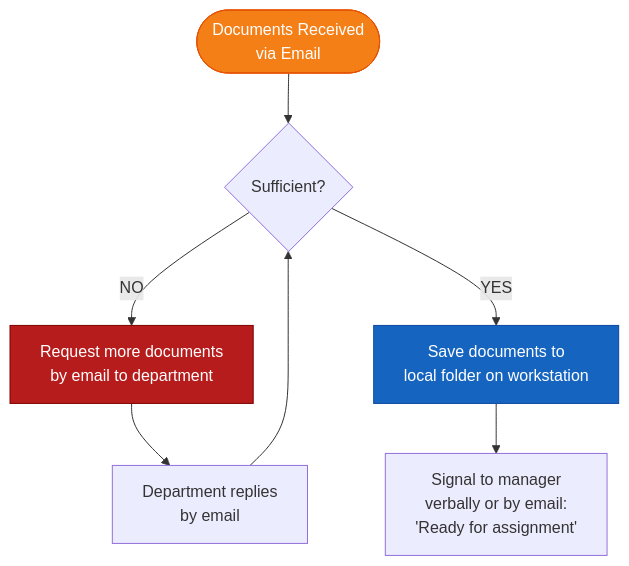
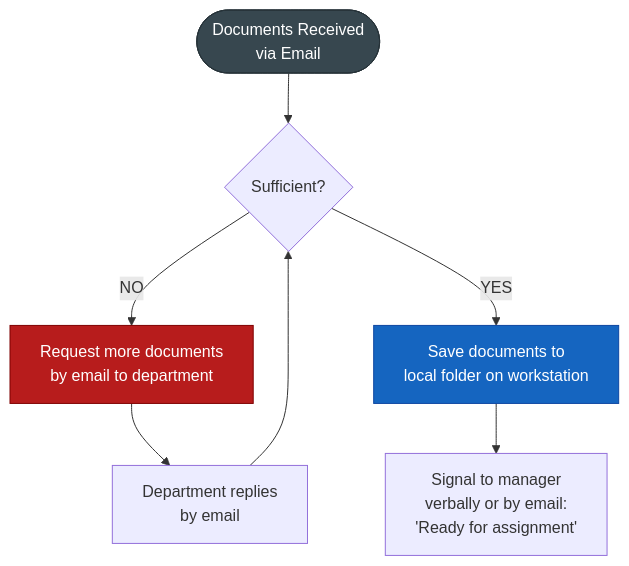
One commit to mazharr-hussain/KycReport changed the second of 4 diagrams in docs/V2_BUS_AsIs_Process.md. Above: the diagram before and after it, drawn with Mermaid. The commit also changed other lines of this file and 7 other files, not shown here.

First line of the commit message:
Fix low-contrast diagram colours — replace amber with dark slate

````diff
--- a/docs/V2_BUS_AsIs_Process.md
+++ b/docs/V2_BUS_AsIs_Process.md
@@ -82,13 +82,13 @@
 ```mermaid
 flowchart TD
     RECV([Documents Received\nvia Email]) --> CHECK{Sufficient?}
     CHECK -->|NO| REQ[Request more documents\nby email to department]
     REQ --> REPLY[Department replies\nby email]
     REPLY --> CHECK
     CHECK -->|YES| SAVE[Save documents to\nlocal folder on workstation]
     SAVE --> SIGNAL[Signal to manager\nverbally or by email:\n'Ready for assignment']
 
-    style RECV fill:#F57F17,color:#fff,stroke:#E65100
+    style RECV fill:#37474F,color:#fff,stroke:#263238
     style SAVE fill:#1565C0,color:#fff,stroke:#0D47A1
     style REQ fill:#B71C1C,color:#fff,stroke:#7F0000
 ```
````
